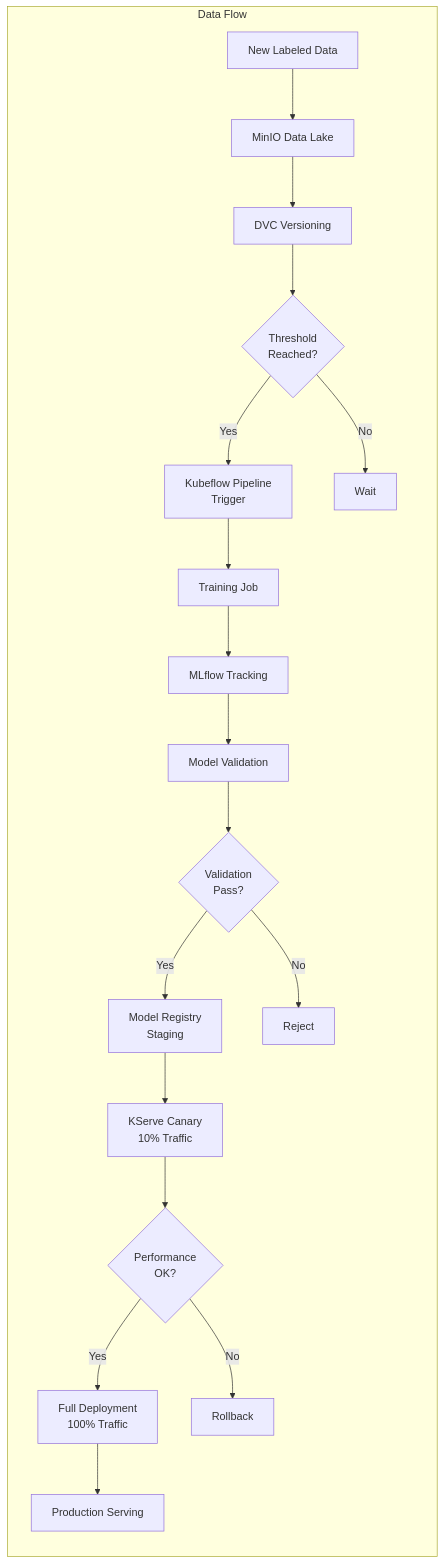
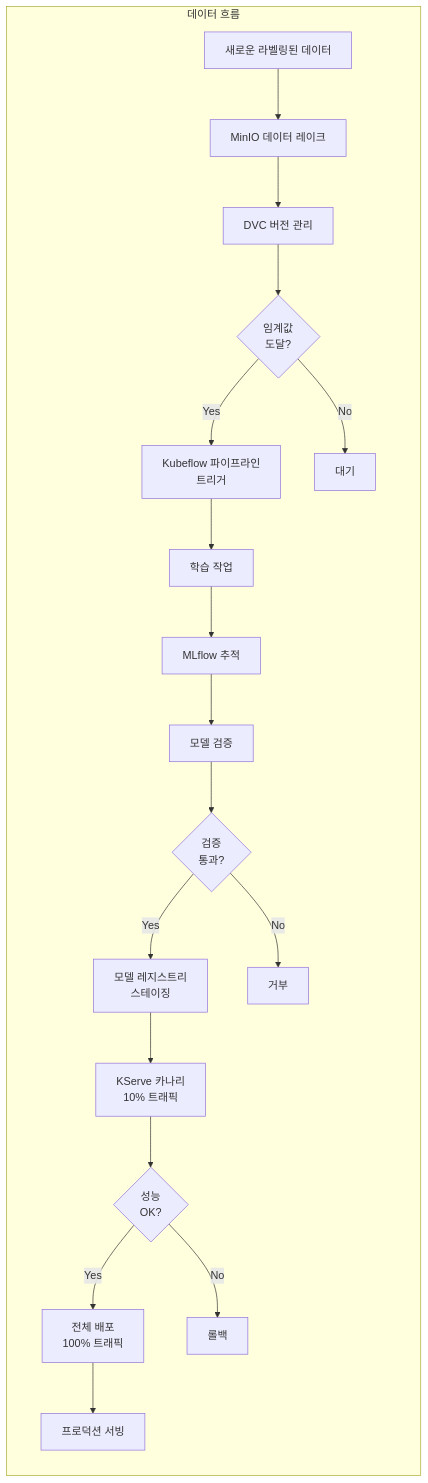
One commit to as950118/mlops-platform changed the second of 6 diagrams in docs/MLOps-Platform-Design.md. Above: the diagram before and after it, drawn with Mermaid. The commit also changed other lines of this file, not shown here.

````diff
--- a/docs/MLOps-Platform-Design.md
+++ b/docs/MLOps-Platform-Design.md
@@ -121,21 +121,21 @@
 ```mermaid
 flowchart LR
-    subgraph "Data Flow"
-        A[New Labeled Data] --> B[MinIO Data Lake]
-        B --> C[DVC Versioning]
-        C --> D{Threshold<br/>Reached?}
-        D -->|Yes| E[Kubeflow Pipeline<br/>Trigger]
-        D -->|No| F[Wait]
-        E --> G[Training Job]
-        G --> H[MLflow Tracking]
-        H --> I[Model Validation]
-        I --> J{Validation<br/>Pass?}
-        J -->|Yes| K[Model Registry<br/>Staging]
-        J -->|No| L[Reject]
-        K --> M[KServe Canary<br/>10% Traffic]
-        M --> N{Performance<br/>OK?}
-        N -->|Yes| O[Full Deployment<br/>100% Traffic]
-        N -->|No| P[Rollback]
-        O --> Q[Production Serving]
+    subgraph "데이터 흐름"
+        A[새로운 라벨링된 데이터] --> B[MinIO 데이터 레이크]
+        B --> C[DVC 버전 관리]
+        C --> D{임계값<br/>도달?}
+        D -->|Yes| E[Kubeflow 파이프라인<br/>트리거]
+        D -->|No| F[대기]
+        E --> G[학습 작업]
+        G --> H[MLflow 추적]
+        H --> I[모델 검증]
+        I --> J{검증<br/>통과?}
+        J -->|Yes| K[모델 레지스트리<br/>스테이징]
+        J -->|No| L[거부]
+        K --> M[KServe 카나리<br/>10% 트래픽]
+        M --> N{성능<br/>OK?}
+        N -->|Yes| O[전체 배포<br/>100% 트래픽]
+        N -->|No| P[롤백]
+        O --> Q[프로덕션 서빙]
     end
 ```
````
